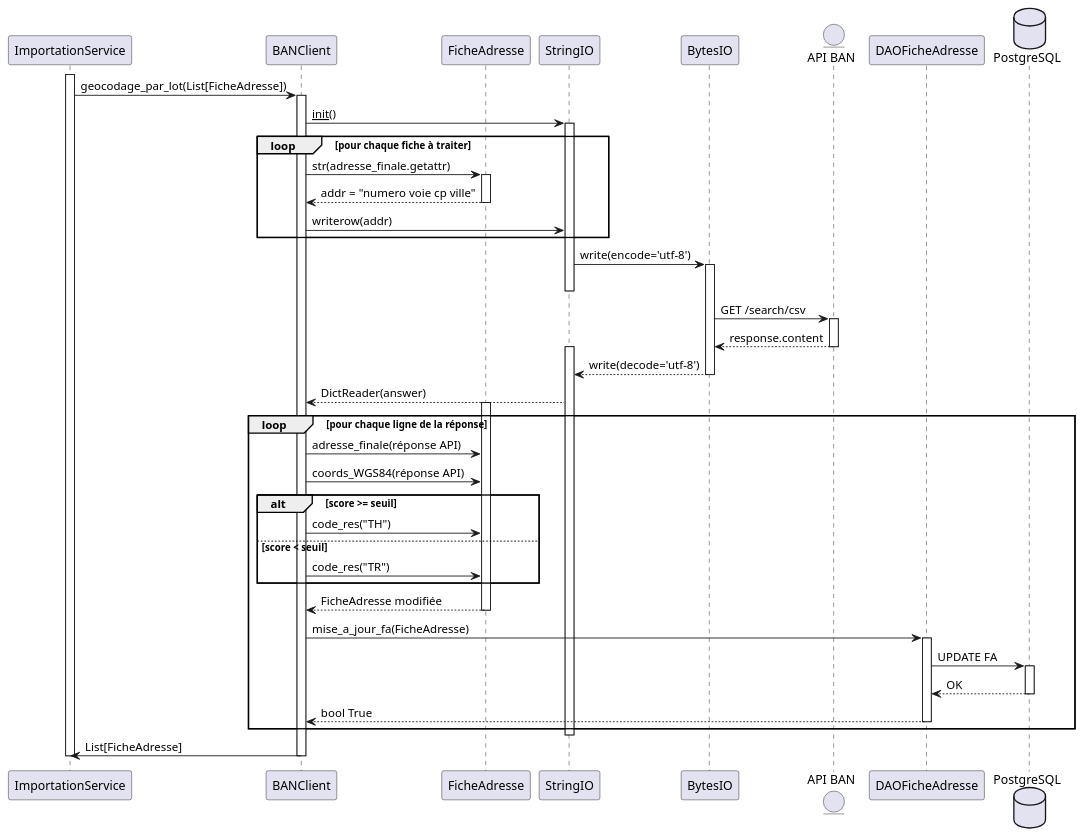
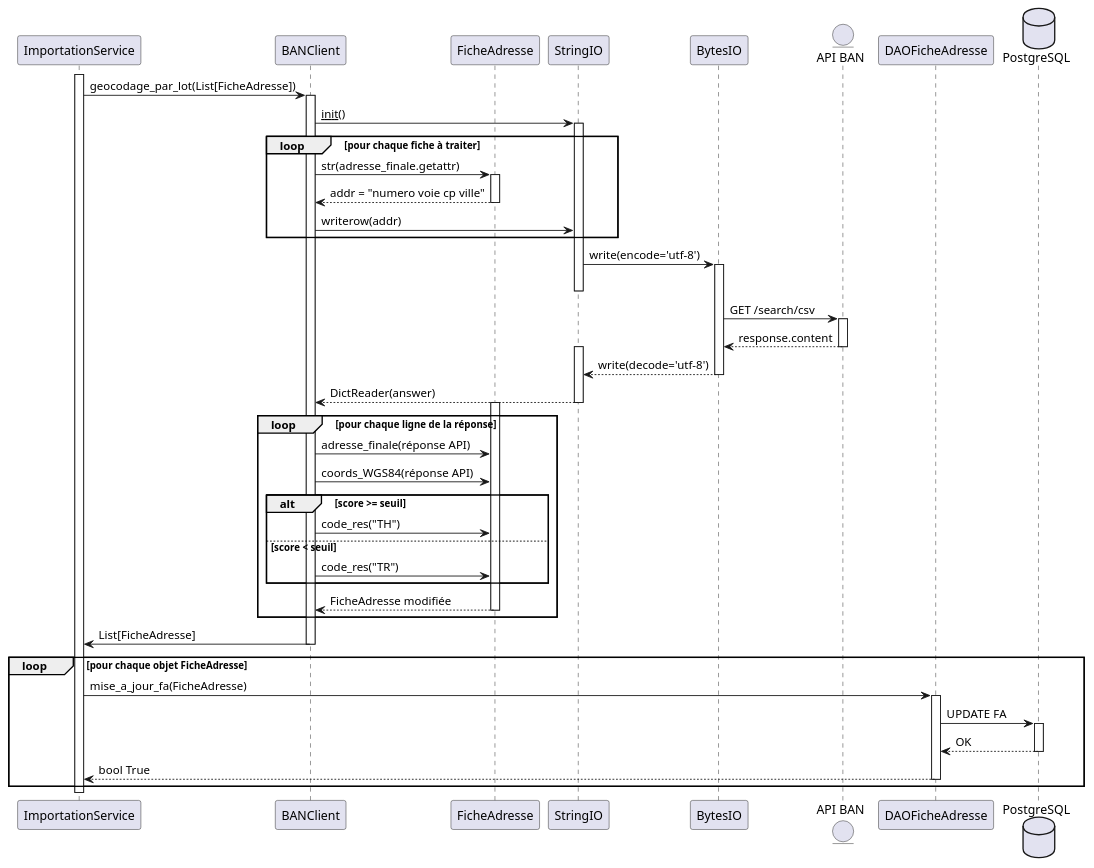
Before and after one commit to itsame-mcl/PSyCoQuAC: the diagram in uml/uml_sequence_api.puml, drawn with PlantUML.

Commit message:
Correctif séquence API

```diff
--- a/uml/uml_sequence_api.puml
+++ b/uml/uml_sequence_api.puml
@@ -1,58 +1,61 @@
 @startuml "uml_sequence_api"
 participant ImportationService as Importation
 participant BANClient as Client
 participant FicheAdresse as FA
 participant StringIO as StringIO
 participant BytesIO as BytesIO
 entity "API BAN" as BAN
 participant DAOFicheAdresse as DAO
 database PostgreSQL as SQL
 
 activate Importation
 Importation -> Client : geocodage_par_lot(List[FicheAdresse])
 activate Client
 Client -> StringIO : __init__()
 activate StringIO
 loop pour chaque fiche à traiter
     Client -> FA : str(adresse_finale.getattr)
     activate FA
     Client <-- FA : addr = "numero voie cp ville"
     deactivate FA
     Client -> StringIO : writerow(addr)
 end
 StringIO -> BytesIO : write(encode='utf-8')
 activate BytesIO
 deactivate StringIO
 BytesIO -> BAN : GET /search/csv
 activate BAN
 BytesIO <-- BAN : response.content
 deactivate BAN
 activate StringIO
 StringIO <-- BytesIO : write(decode='utf-8')
 deactivate BytesIO
 Client <-- StringIO : DictReader(answer)
+deactivate StringIO
 loop pour chaque ligne de la réponse
     activate FA
     Client -> FA : adresse_finale(réponse API)
     Client -> FA : coords_WGS84(réponse API)
     alt score >= seuil
         Client -> FA : code_res("TH")
     else score < seuil
         Client -> FA : code_res("TR")
     end
     Client <-- FA : FicheAdresse modifiée
     deactivate FA
-    Client -> DAO : mise_a_jour_fa(FicheAdresse)
+end
+deactivate StringIO
+Importation <- Client : List[FicheAdresse]
+deactivate Client
+loop pour chaque objet FicheAdresse
+Importation -> DAO : mise_a_jour_fa(FicheAdresse)
     activate DAO
     DAO -> SQL : UPDATE FA
     activate SQL
     DAO <-- SQL : OK
     deactivate SQL
-    Client <-- DAO : bool True
+    Importation <-- DAO : bool True
     deactivate DAO
 end
-deactivate StringIO
-Importation <- Client : List[FicheAdresse]
-deactivate Client
 deactivate Importation
 @enduml
```
